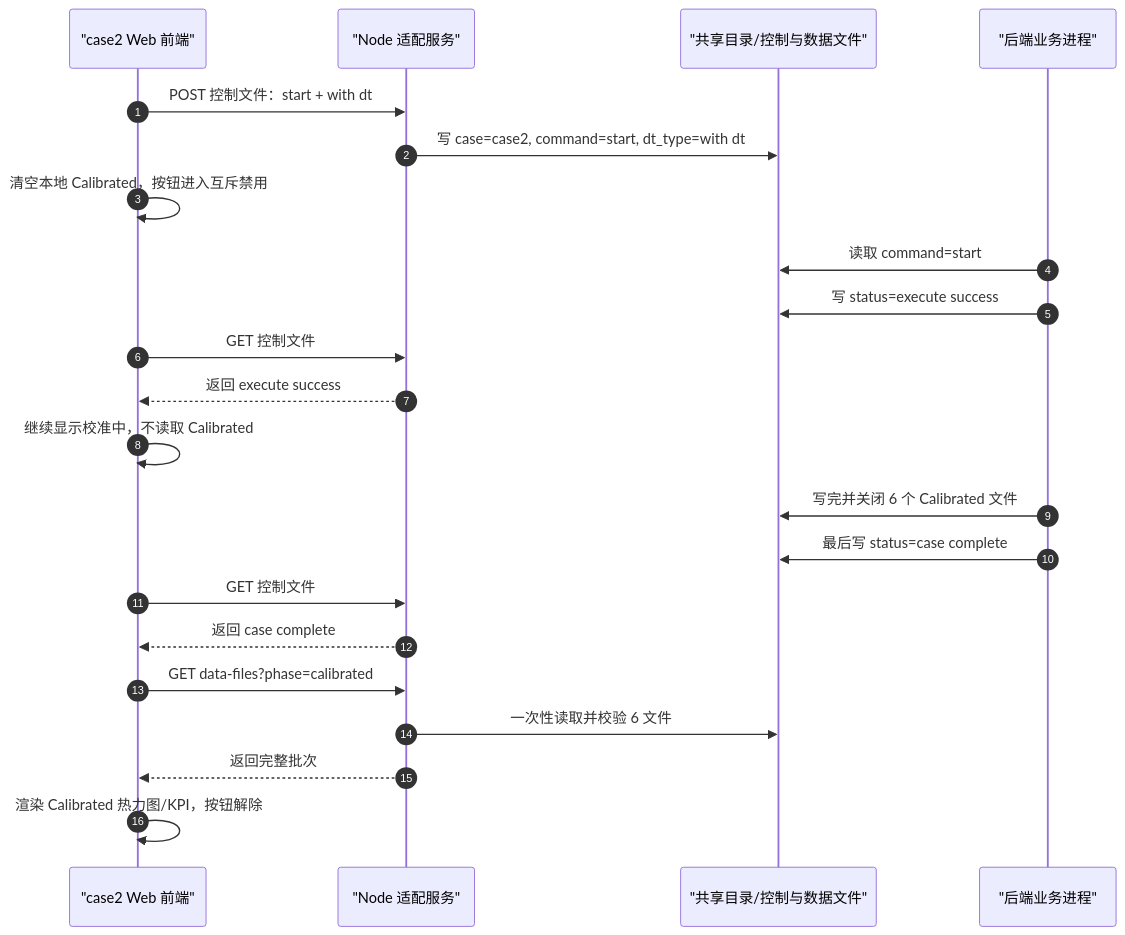
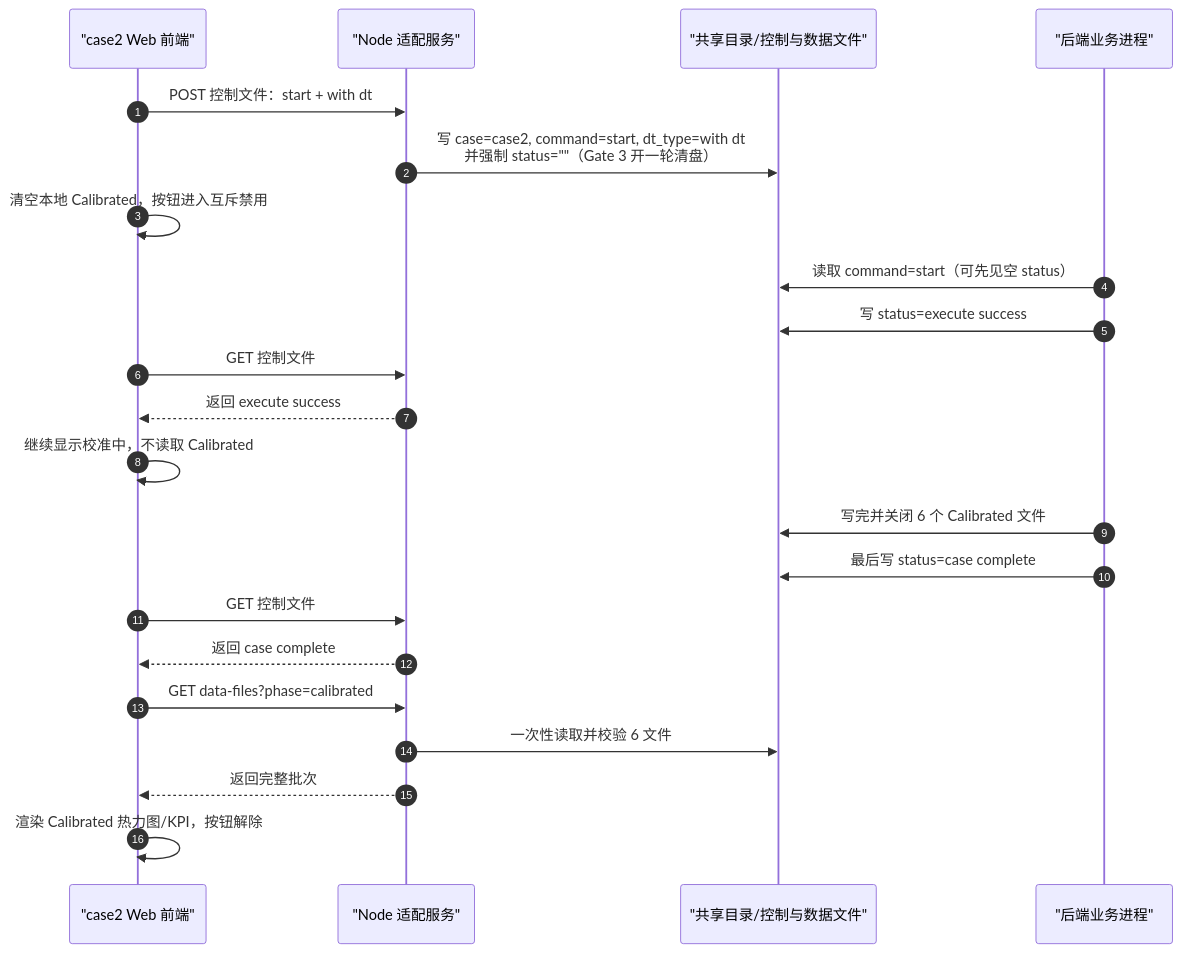
Before and after one commit to JackweiStud/2030-DT: the first of 3 diagrams in doc/case2/API-CONTRACT.md, drawn with Mermaid. The commit also changed other lines of this file and 16 other files, not shown here.

````diff
--- a/doc/case2/API-CONTRACT.md
+++ b/doc/case2/API-CONTRACT.md
@@ -50,25 +50,25 @@
 ```mermaid
 sequenceDiagram
   autonumber
   participant Web as "case2 Web 前端"
   participant Node as "Node 适配服务"
   participant Shared as "共享目录/控制与数据文件"
   participant Backend as "后端业务进程"
 
   Web->>Node: POST 控制文件：start + with dt
-  Node->>Shared: 写 case=case2, command=start, dt_type=with dt
+  Node->>Shared: 写 case=case2, command=start, dt_type=with dt<br/>并强制 status=""（Gate 3 开一轮清盘）
   Web->>Web: 清空本地 Calibrated，按钮进入互斥禁用
-  Backend->>Shared: 读取 command=start
+  Backend->>Shared: 读取 command=start（可先见空 status）
   Backend->>Shared: 写 status=execute success
   Web->>Node: GET 控制文件
   Node-->>Web: 返回 execute success
   Web->>Web: 继续显示校准中，不读取 Calibrated
   Backend->>Shared: 写完并关闭 6 个 Calibrated 文件
   Backend->>Shared: 最后写 status=case complete
   Web->>Node: GET 控制文件
   Node-->>Web: 返回 case complete
   Web->>Node: GET data-files?phase=calibrated
   Node->>Shared: 一次性读取并校验 6 文件
   Node-->>Web: 返回完整批次
   Web->>Web: 渲染 Calibrated 热力图/KPI，按钮解除
 ```
````
